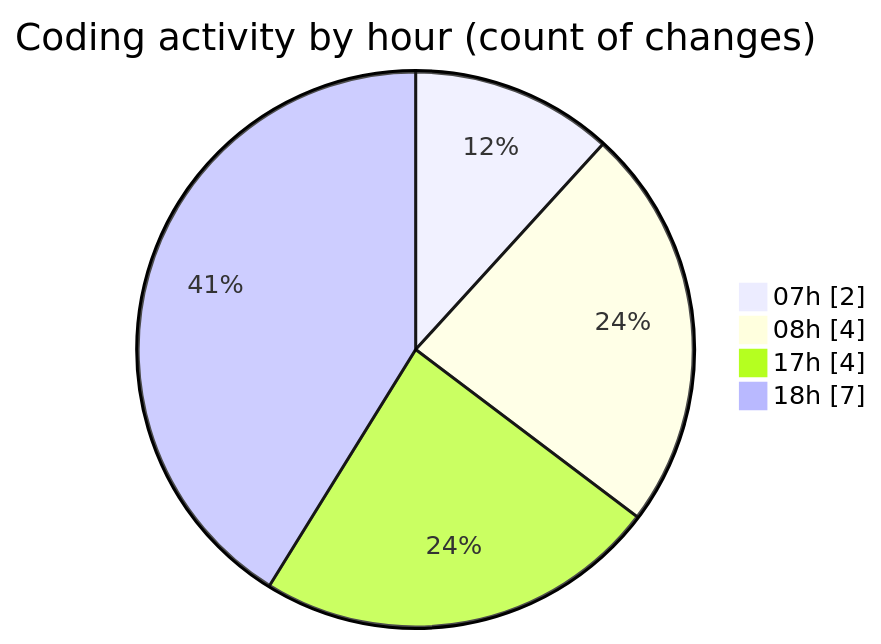
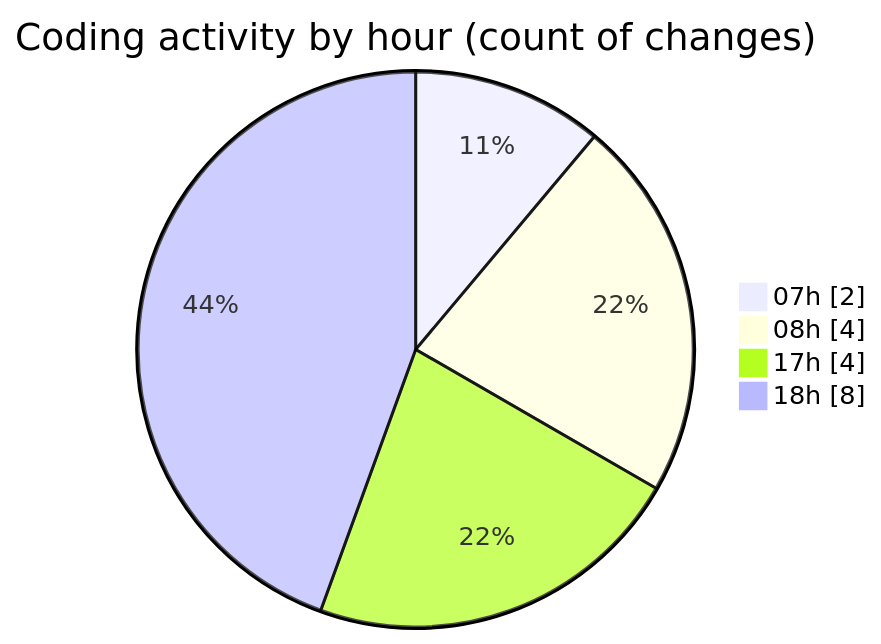
Before and after one commit to robertbonfada/code-tracking: the second of 2 diagrams in 2025-02-19/mbc-web/README.md, drawn with Mermaid. The commit also changed other lines of this file and 1 other file, not shown here.

````diff
--- a/2025-02-19/mbc-web/README.md
+++ b/2025-02-19/mbc-web/README.md
@@ -35,8 +36,8 @@
 ```mermaid
 pie showData
 title Coding activity by hour (count of changes)
 "07h" : 2
 "08h" : 4
 "17h" : 4
-"18h" : 7
+"18h" : 8
 ```
````
